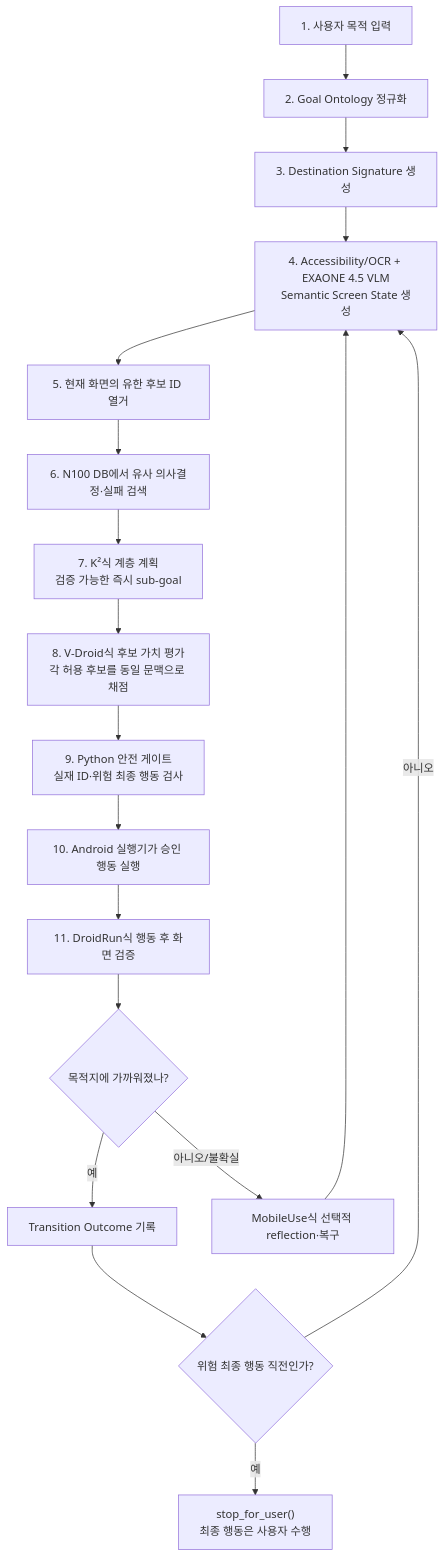
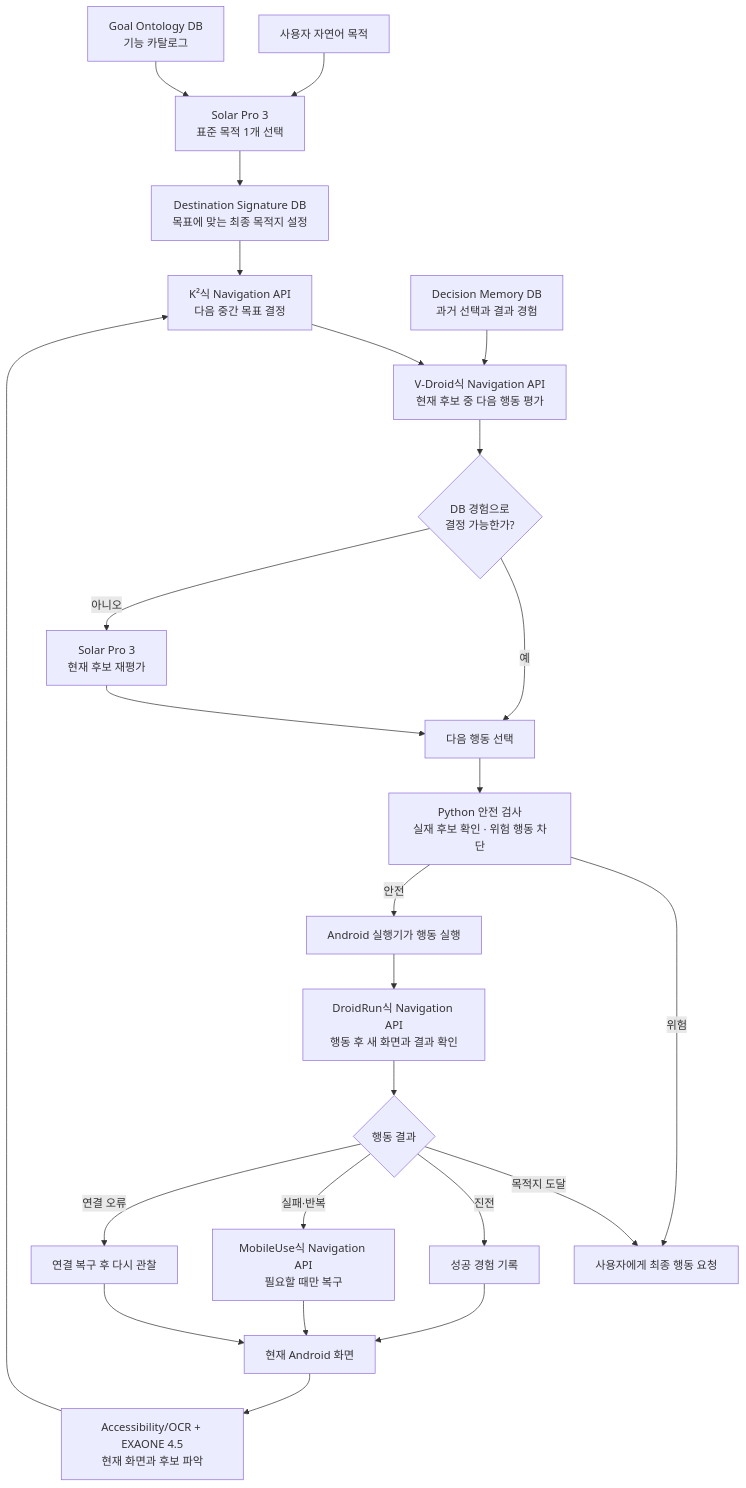
One commit to Sheep-gun/exitguide-navigation changed the diagram in README.md. Above: the diagram before and after it, drawn with Mermaid. The commit also changed other lines of this file and 45 other files, not shown here.

Commit message:
Integrate Solar navigation runtime and executor [skip ci]

````diff
--- a/README.md
+++ b/README.md
@@ -50,20 +38,31 @@
 ```mermaid
 flowchart TD
-    A["1. 사용자 목적 입력"] --> B["2. Goal Ontology 정규화"]
-    B --> C["3. Destination Signature 생성"]
-    C --> D["4. Accessibility/OCR + EXAONE 4.5 VLM<br/>Semantic Screen State 생성"]
-    D --> E["5. 현재 화면의 유한 후보 ID 열거"]
-    E --> F["6. N100 DB에서 유사 의사결정·실패 검색"]
-    F --> G["7. K²식 계층 계획<br/>검증 가능한 즉시 sub-goal"]
-    G --> H["8. V-Droid식 후보 가치 평가<br/>각 허용 후보를 동일 문맥으로 채점"]
-    H --> I["9. Python 안전 게이트<br/>실재 ID·위험 최종 행동 검사"]
-    I --> J["10. Android 실행기가 승인 행동 실행"]
-    J --> K["11. DroidRun식 행동 후 화면 검증"]
-    K --> L{"목적지에 가까워졌나?"}
-    L -->|"예"| M["Transition Outcome 기록"]
-    L -->|"아니오/불확실"| N["MobileUse식 선택적 reflection·복구"]
-    N --> D
-    M --> O{"위험 최종 행동 직전인가?"}
-    O -->|"아니오"| D
-    O -->|"예"| P["stop_for_user()<br/>최종 행동은 사용자 수행"]
+    USER["사용자 자연어 목적"] --> GOAL["Solar Pro 3<br/>표준 목적 1개 선택"]
+    GOAL_DB["Goal Ontology DB<br/>기능 카탈로그"] --> GOAL
+    GOAL --> DEST["Destination Signature DB<br/>목표에 맞는 최종 목적지 설정"]
+
+    SCREEN["현재 Android 화면"] --> VIEW["Accessibility/OCR + EXAONE 4.5<br/>현재 화면과 후보 파악"]
+    DEST --> K2["K²식 Navigation API<br/>다음 중간 목표 결정"]
+    VIEW --> K2
+
+    K2 --> VDROID["V-Droid식 Navigation API<br/>현재 후보 중 다음 행동 평가"]
+    MEMORY["Decision Memory DB<br/>과거 선택과 결과 경험"] --> VDROID
+    VDROID --> CLEAR{"DB 경험으로<br/>결정 가능한가?"}
+    CLEAR -->|"예"| CHOOSE["다음 행동 선택"]
+    CLEAR -->|"아니오"| SOLAR["Solar Pro 3<br/>현재 후보 재평가"]
+    SOLAR --> CHOOSE
+
+    CHOOSE --> SAFE["Python 안전 검사<br/>실재 후보 확인 · 위험 행동 차단"]
+    SAFE -->|"위험"| STOP["사용자에게 최종 행동 요청"]
+    SAFE -->|"안전"| EXECUTE["Android 실행기가 행동 실행"]
+
+    EXECUTE --> VERIFY["DroidRun식 Navigation API<br/>행동 후 새 화면과 결과 확인"]
+    VERIFY --> RESULT{"행동 결과"}
+    RESULT -->|"목적지 도달"| STOP
+    RESULT -->|"진전"| RECORD["성공 경험 기록"]
+    RECORD --> SCREEN
+    RESULT -->|"실패·반복"| RECOVERY["MobileUse식 Navigation API<br/>필요할 때만 복구"]
+    RECOVERY --> SCREEN
+    RESULT -->|"연결 오류"| WAIT["연결 복구 후 다시 관찰"]
+    WAIT --> SCREEN
 ```
````
